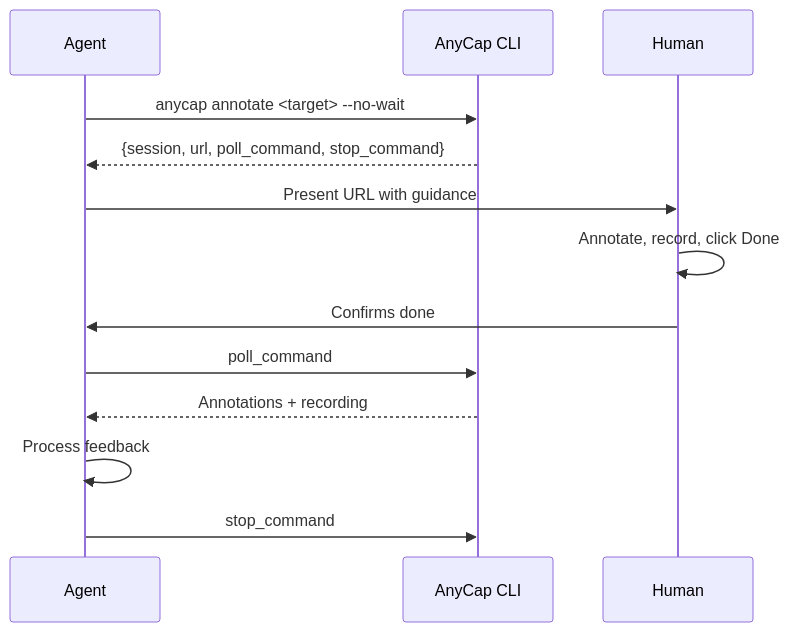
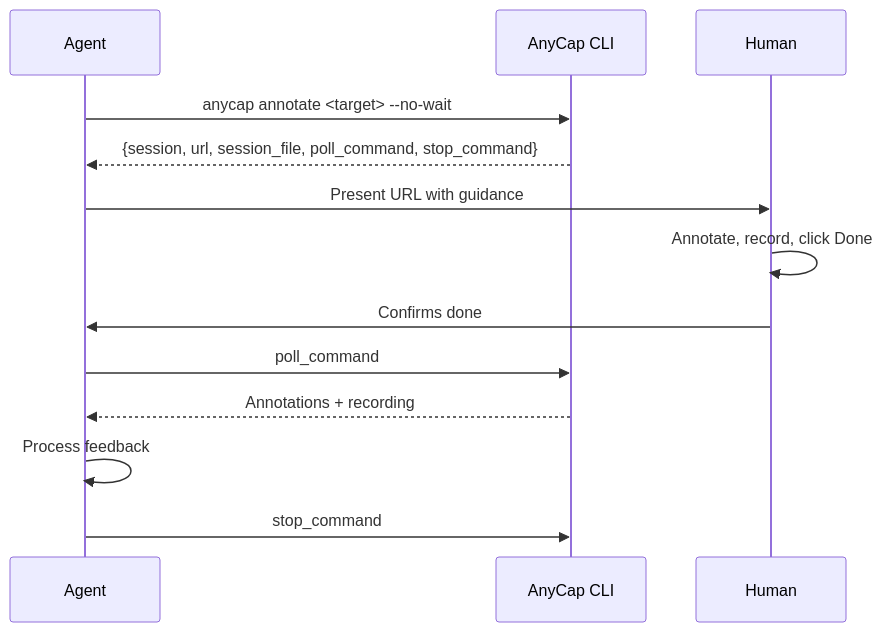
Before and after one commit to anycap-ai/anycap: the first of 2 diagrams in skills/anycap-human-interaction/SKILL.md, drawn with Mermaid. The commit also changed other lines of this file and 11 other files, not shown here.

````diff
--- a/skills/anycap-human-interaction/SKILL.md
+++ b/skills/anycap-human-interaction/SKILL.md
@@ -95,16 +108,16 @@
 ```mermaid
 sequenceDiagram
     participant Agent
     participant CLI as AnyCap CLI
     participant Human
 
     Agent->>CLI: anycap annotate <target> --no-wait
-    CLI-->>Agent: {session, url, poll_command, stop_command}
+    CLI-->>Agent: {session, url, session_file, poll_command, stop_command}
     Agent->>Human: Present URL with guidance
     Human->>Human: Annotate, record, click Done
     Human->>Agent: Confirms done
     Agent->>CLI: poll_command
     CLI-->>Agent: Annotations + recording
     Agent->>Agent: Process feedback
     Agent->>CLI: stop_command
 ```
````
